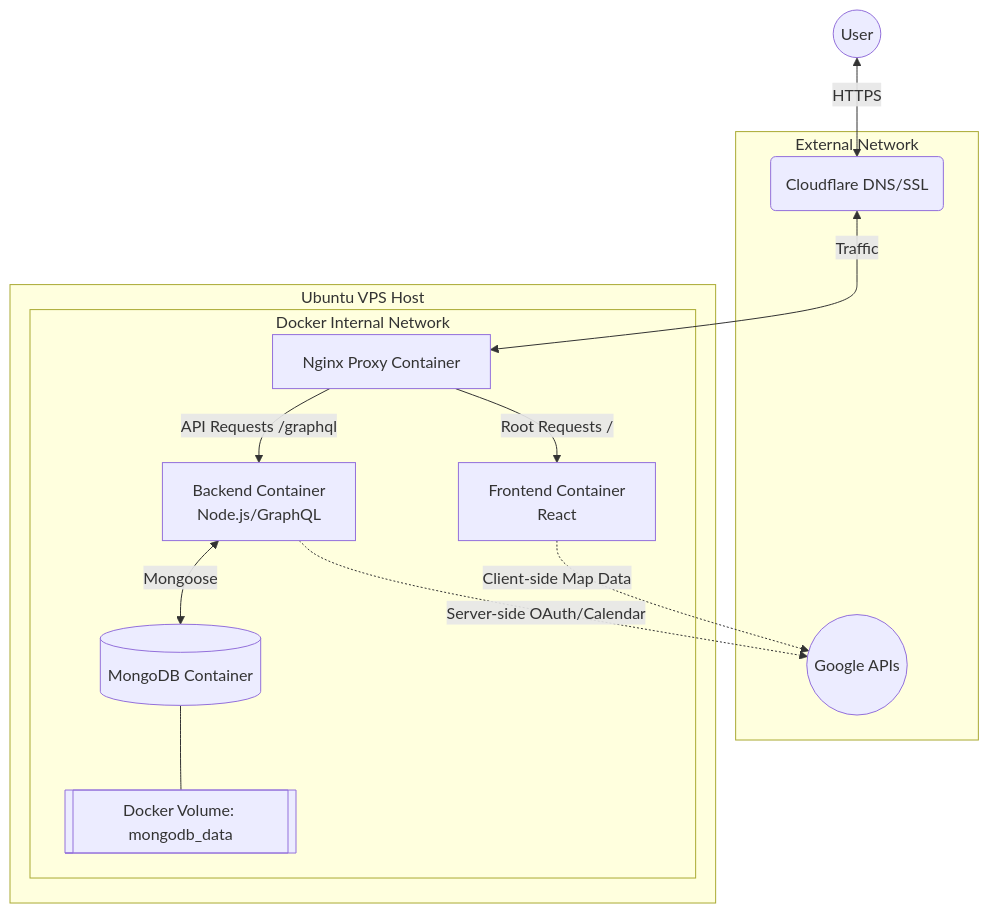
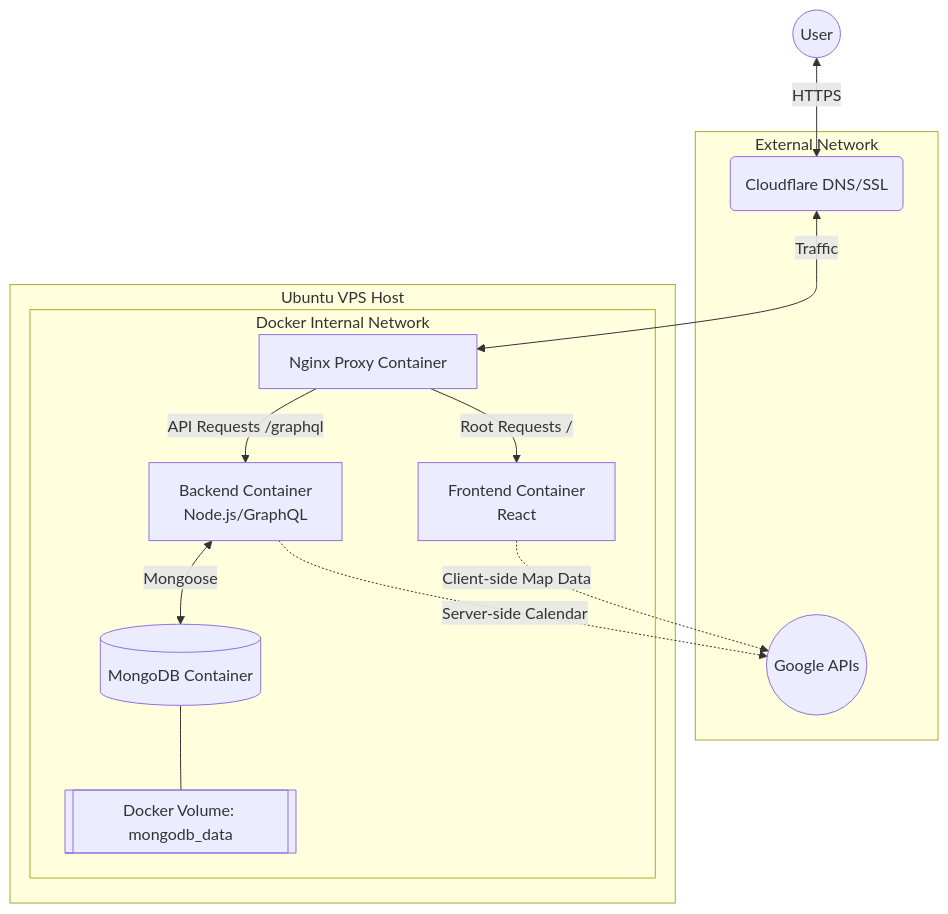
One commit to DangPham112000/Journei changed the first of 2 diagrams in README.md. Above: the diagram before and after it, drawn with Mermaid. The commit also changed other lines of this file and 27 other files, not shown here.

````diff
--- a/README.md
+++ b/README.md
@@ -28,34 +27,34 @@
 ```mermaid
 flowchart TD
     %% Styles
     classDef network fill:#f0f8ff,stroke:#0000ff,stroke-dasharray: 5 5;
 
     User((User))
 
     subgraph External Network
         Cloudflare(Cloudflare DNS/SSL)
         GoogleAPIs((Google APIs))
     end
 
     subgraph Ubuntu VPS Host
         subgraph Docker Internal Network
             NginxProxy[Nginx Proxy Container]
             Frontend[Frontend Container<br>React]
             Backend[Backend Container<br>Node.js/GraphQL]
             Mongo[(MongoDB Container)]
             MongoVol[[Docker Volume: mongodb_data]]
         end
     end
 
     User <-->|HTTPS| Cloudflare
     Cloudflare <-->|Traffic| NginxProxy
 
     NginxProxy -->|Root Requests /| Frontend
     NginxProxy -->|API Requests /graphql| Backend
 
     Backend <-->|Mongoose| Mongo
     Mongo --- MongoVol
 
     Frontend -.->|Client-side Map Data| GoogleAPIs
-    Backend -.->|Server-side OAuth/Calendar| GoogleAPIs
+    Backend -.->|Server-side Calendar| GoogleAPIs
 ```
````
